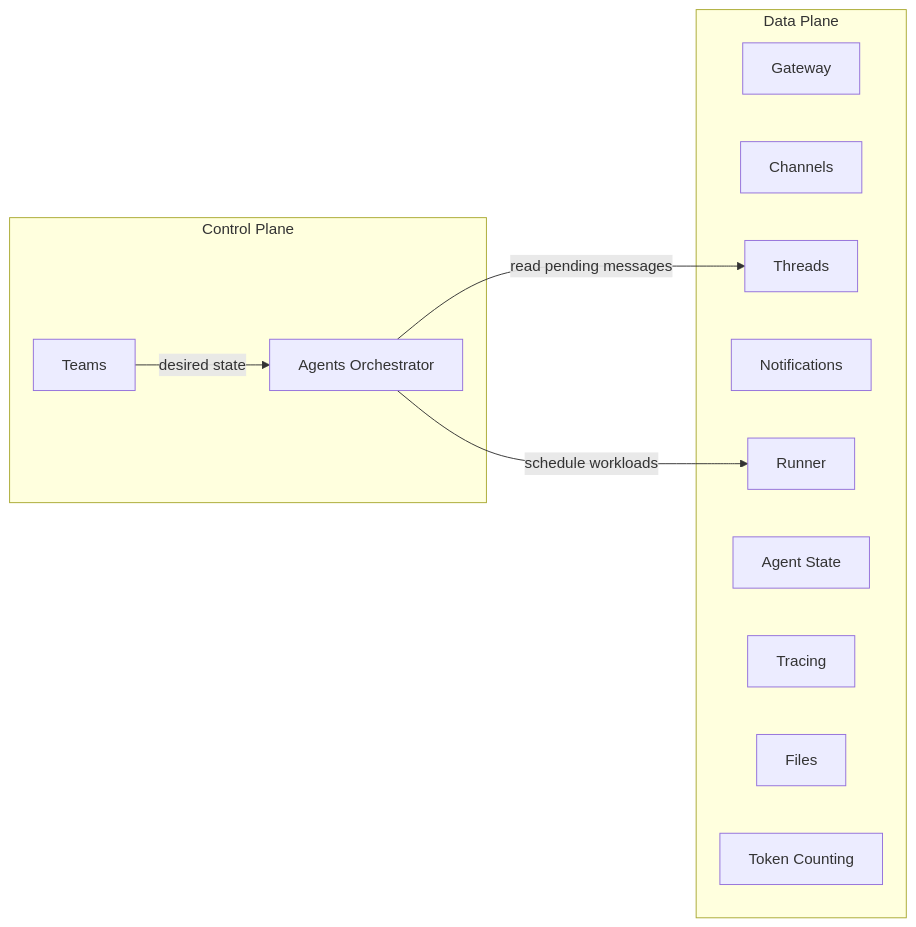
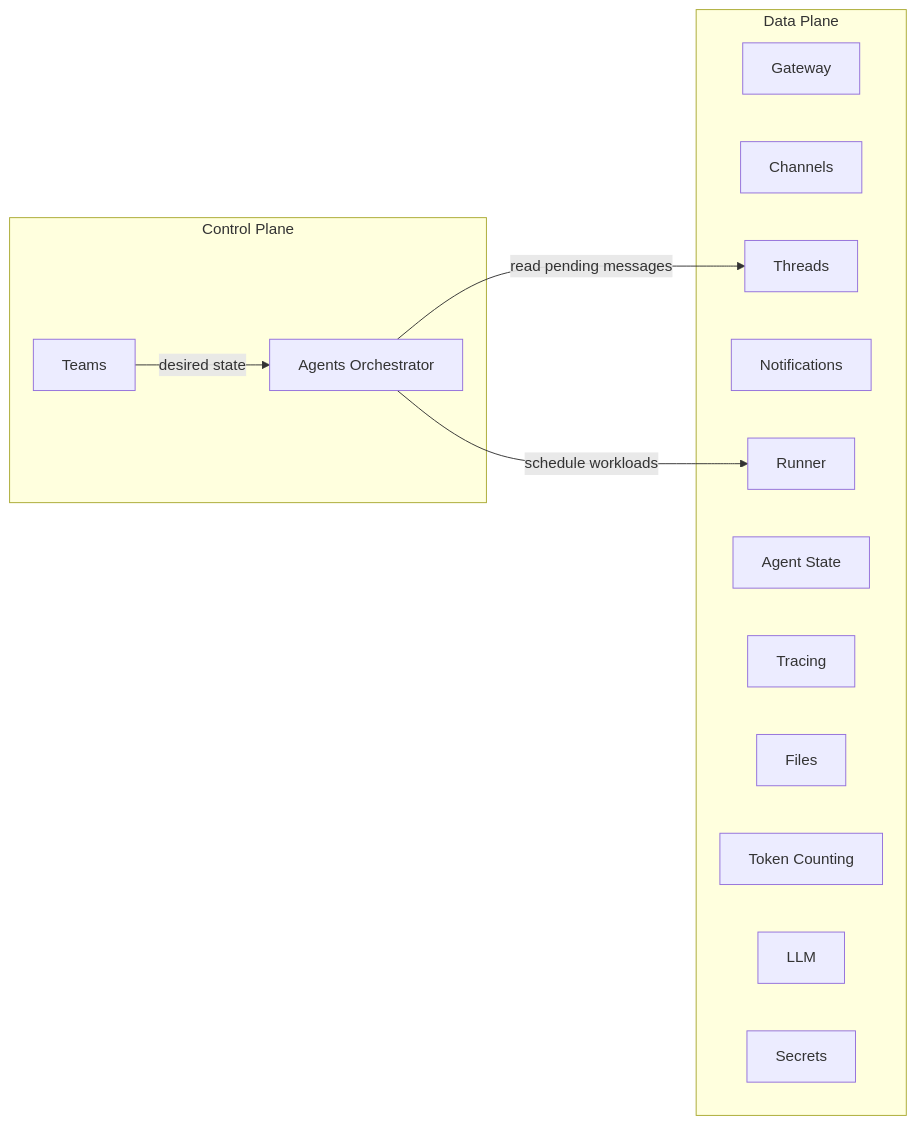
Before and after one commit to agynio/architecture: the first of 2 diagrams in architecture/control-data-plane.md, drawn with Mermaid. The commit also changed other lines of this file and 4 other files, not shown here.

First line of the commit message:
Add LLM and Secrets service architecture

````diff
--- a/architecture/control-data-plane.md
+++ b/architecture/control-data-plane.md
@@ -21,23 +21,25 @@
 ```mermaid
 graph LR
     subgraph Control Plane
         Teams
         AgentsOrch[Agents Orchestrator]
     end
 
     subgraph Data Plane
         Gateway
         Channels
         Threads
         Notifications
         Runner
         AgentState[Agent State]
         Tracing
         Files
         TokenCounting[Token Counting]
+        LLM
+        Secrets
     end
 
     Teams -->|desired state| AgentsOrch
     AgentsOrch -->|schedule workloads| Runner
     AgentsOrch -->|read pending messages| Threads
 ```
````
